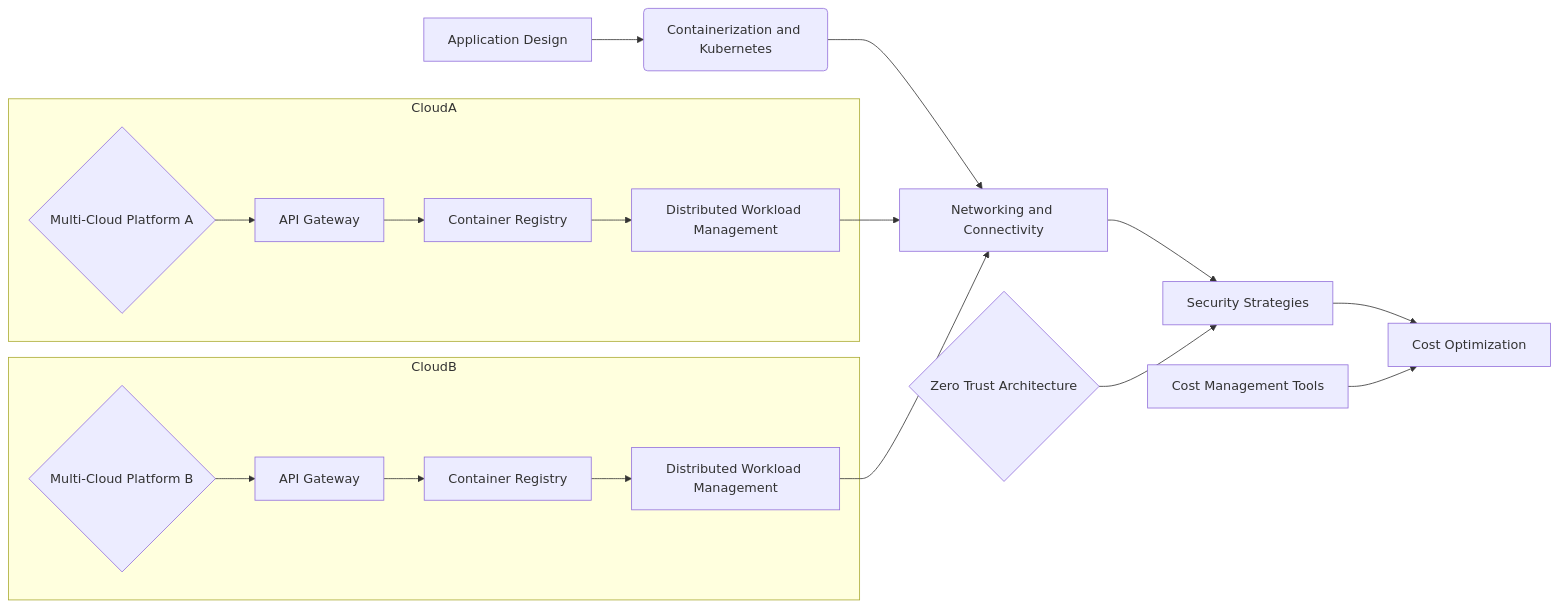
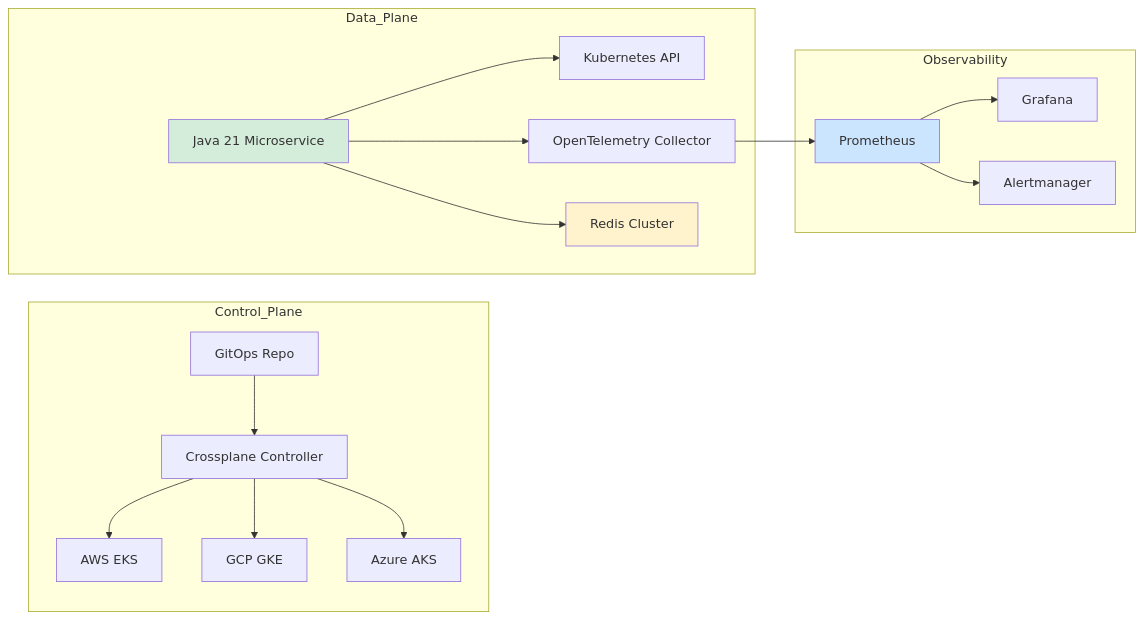
One commit to Joaquinriosheredia/DAM-Java-Mastery changed the second of 7 diagrams in _Review/arquitectura_multi_cloud_y_estrategias_de_portabilidad/arquitectura_multi_cloud_y_estrategias_de_portabilidad.md. Above: the diagram before and after it, drawn with Mermaid. The commit also changed other lines of this file, not shown here.

Commit message:
Arquitectura Multi-Cloud y Estrategias de Portabilidad en Java 21

````diff
--- a/_Review/arquitectura_multi_cloud_y_estrategias_de_portabilidad/arquitectura_multi_cloud_y_estrategias_de_portabilidad.md
+++ b/_Review/arquitectura_multi_cloud_y_estrategias_de_portabilidad/arquitectura_multi_cloud_y_estrategias_de_portabilidad.md
@@ -76,34 +85,25 @@
 ```mermaid
 graph LR
-    A[Application Design] --> B(Containerization and Kubernetes)
-    B --> C[Networking and Connectivity]
-    C --> D[Security Strategies]
-    D --> E[Cost Optimization]
-
-    subgraph CloudA
-        F{Multi-Cloud Platform A}
-        G[API Gateway]
-        H[Container Registry]
-        I[Distributed Workload Management]
+    subgraph Control_Plane
+        GITOPS[GitOps Repo] --> CROSS[Crossplane Controller]
+        CROSS --> PROV_A[AWS EKS]
+        CROSS --> PROV_B[GCP GKE]
+        CROSS --> PROV_C[Azure AKS]
     end
-
-    subgraph CloudB
-        J{Multi-Cloud Platform B}
-        K[API Gateway]
-        L[Container Registry]
-        M[Distributed Workload Management]
+    
+    subgraph Data_Plane
+        JAVA21[Java 21 Microservice] --> K8S_API[Kubernetes API]
+        JAVA21 --> OTLP[OpenTelemetry Collector]
+        JAVA21 --> REDIS[Redis Cluster]
     end
-
-    F --> G
-    G --> H
-    H --> I
-    I --> C
-
-    J --> K
-    K --> L
-    L --> M
-    M --> C
-
-    D1{Zero Trust Architecture} --> D
-    E1[Cost Management Tools] --> E
+    
+    subgraph Observability
+        OTLP --> PROM[Prometheus]
+        PROM --> GRAF[Grafana]
+        PROM --> ALERT[Alertmanager]
+    end
+    
+    style JAVA21 fill:#d4edda
+    style PROM fill:#cce5ff
+    style REDIS fill:#fff3cd
 ```
````
